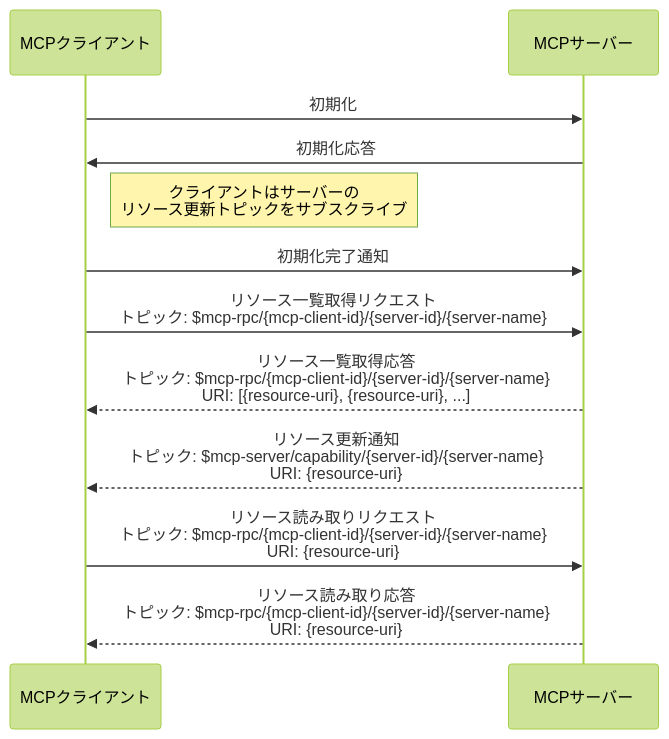
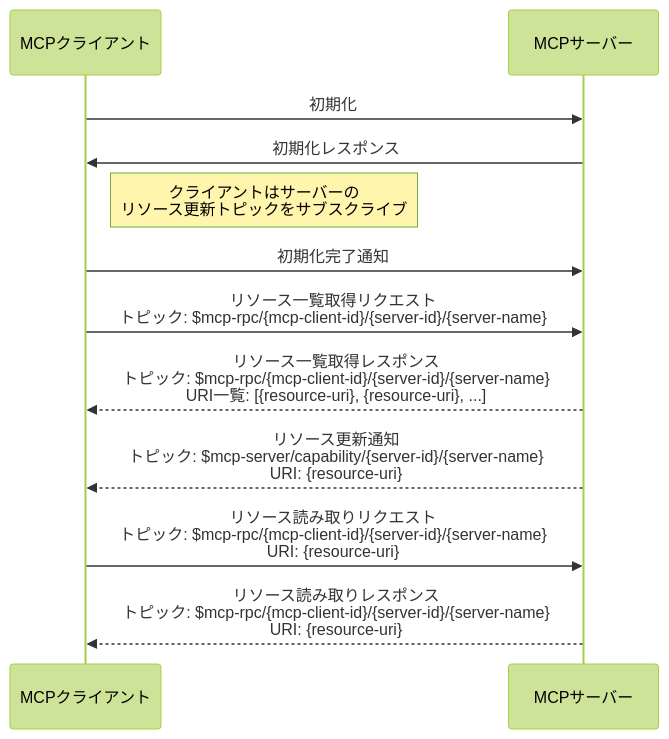
The fourth of 4 diagrams in ja_JP/develop/emqx-ai/mcp-over-mqtt/specification.md (emqx/emqx-docs), drawn with Mermaid (forest theme) before and after one commit. The commit also changed other lines of this file and 420 other files, not shown here.

````diff
--- a/ja_JP/develop/emqx-ai/mcp-over-mqtt/specification.md
+++ b/ja_JP/develop/emqx-ai/mcp-over-mqtt/specification.md
@@ -360,20 +360,20 @@
 ```mermaid
 sequenceDiagram
     participant MCP_Client as MCPクライアント
     participant MCP_Server as MCPサーバー
 
     MCP_Client ->> MCP_Server: 初期化
-    MCP_Server ->> MCP_Client: 初期化応答
+    MCP_Server ->> MCP_Client: 初期化レスポンス
     Note right of MCP_Client: クライアントはサーバーの<br/>リソース更新トピックをサブスクライブ
     MCP_Client ->> MCP_Server: 初期化完了通知
 
     MCP_Client ->> MCP_Server: リソース一覧取得リクエスト<br/>トピック: $mcp-rpc/{mcp-client-id}/{server-id}/{server-name}
 
-    MCP_Server -->> MCP_Client: リソース一覧取得応答<br/>トピック: $mcp-rpc/{mcp-client-id}/{server-id}/{server-name}<br/>URI: [{resource-uri}, {resource-uri}, ...]
+    MCP_Server -->> MCP_Client: リソース一覧取得レスポンス<br/>トピック: $mcp-rpc/{mcp-client-id}/{server-id}/{server-name}<br/>URI一覧: [{resource-uri}, {resource-uri}, ...]
 
     MCP_Server -->> MCP_Client: リソース更新通知<br/>トピック: $mcp-server/capability/{server-id}/{server-name}<br/>URI: {resource-uri}
 
     MCP_Client ->> MCP_Server: リソース読み取りリクエスト<br/>トピック: $mcp-rpc/{mcp-client-id}/{server-id}/{server-name}<br/>URI: {resource-uri}
 
-    MCP_Server -->> MCP_Client: リソース読み取り応答<br/>トピック: $mcp-rpc/{mcp-client-id}/{server-id}/{server-name}<br/>URI: {resource-uri}
+    MCP_Server -->> MCP_Client: リソース読み取りレスポンス<br/>トピック: $mcp-rpc/{mcp-client-id}/{server-id}/{server-name}<br/>URI: {resource-uri}
 ```
````
